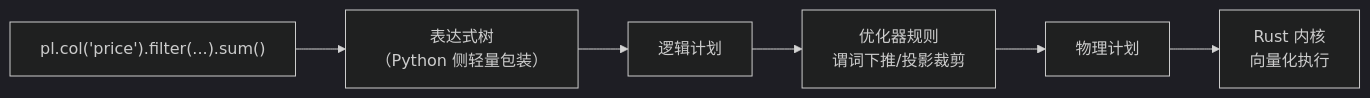
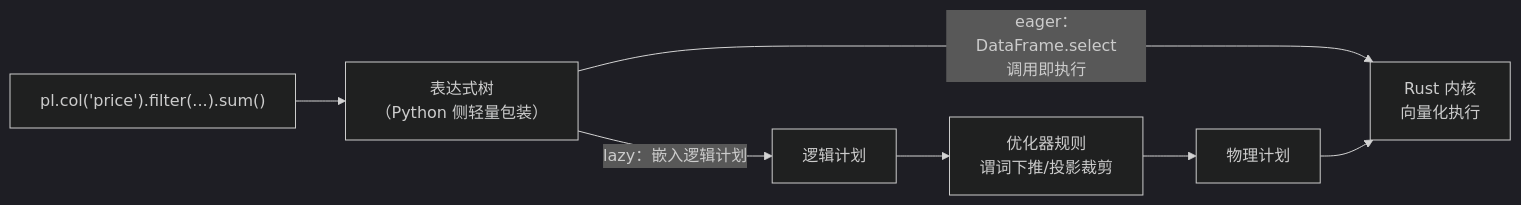
Before and after one commit to jtcheng/polars-book: the diagram in src/chapter_04/expression-engine.md, drawn with Mermaid (dark theme). The commit also changed other lines of this file and 15 other files, not shown here.

````diff
--- a/src/chapter_04/expression-engine.md
+++ b/src/chapter_04/expression-engine.md
@@ -7,8 +7,9 @@
 ```mermaid
 flowchart LR
     A["pl.col('price').filter(...).sum()"] --> B["表达式树<br/>（Python 侧轻量包装）"]
-    B --> C["逻辑计划"]
+    B -->|"eager：DataFrame.select<br/>调用即执行"| F["Rust 内核<br/>向量化执行"]
+    B -->|"lazy：嵌入逻辑计划"| C["逻辑计划"]
     C --> D["优化器规则<br/>谓词下推/投影裁剪"]
     D --> E["物理计划"]
-    E --> F["Rust 内核<br/>向量化执行"]
+    E --> F
 ```
````
